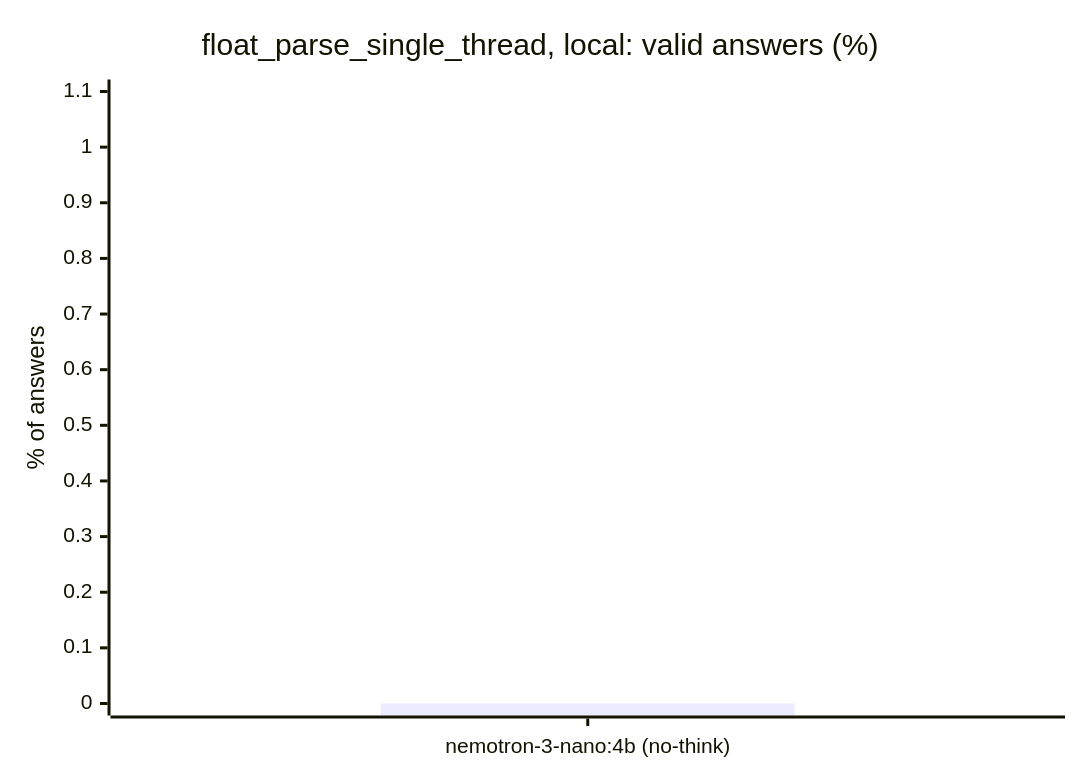
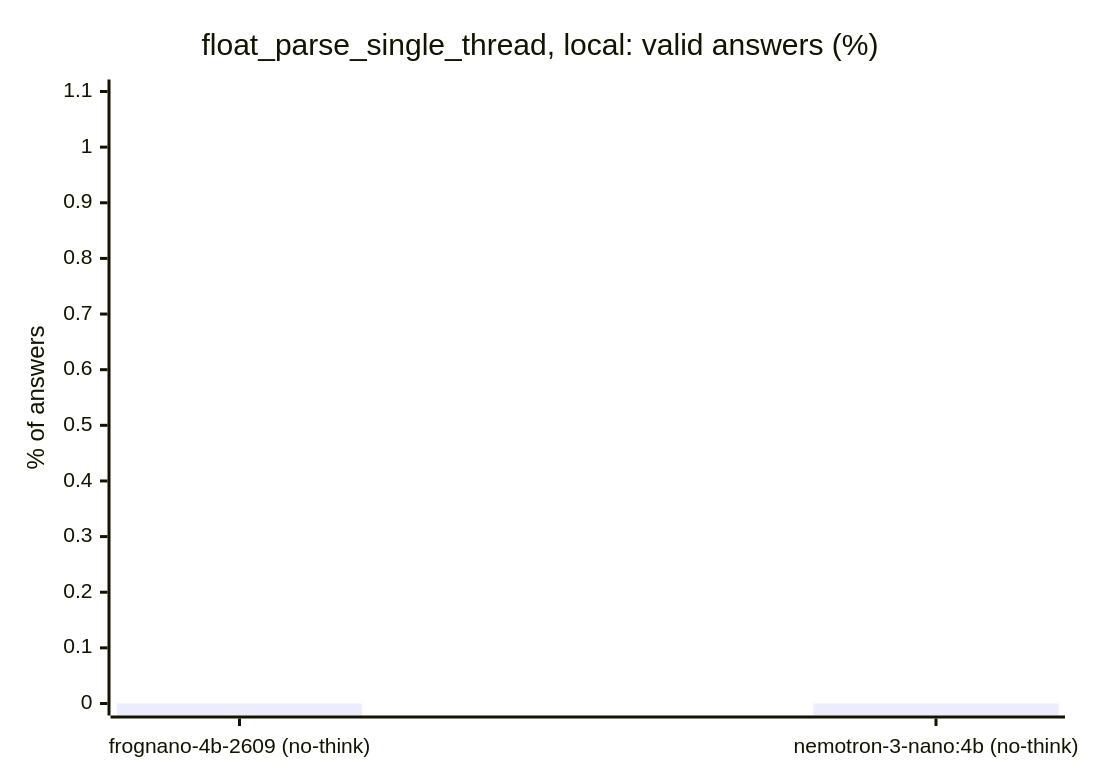
Before and after one commit to cklukas/OMEGA_TRANSFORM: the second of 5 diagrams in docs/benchmarks/float_parse_single_thread.md, drawn with Mermaid. The commit also changed other lines of this file and 10 other files, not shown here.

````diff
--- a/docs/benchmarks/float_parse_single_thread.md
+++ b/docs/benchmarks/float_parse_single_thread.md
@@ -28,7 +29,7 @@
 ```mermaid
 xychart-beta
     title "float_parse_single_thread, local: valid answers (%)"
-    x-axis ["nemotron-3-nano:4b (no-think)"]
+    x-axis ["frognano-4b-2609 (no-think)", "nemotron-3-nano:4b (no-think)"]
     y-axis "% of answers" 0 --> 1.1
-    bar [0]
+    bar [0, 0]
 ```
````
